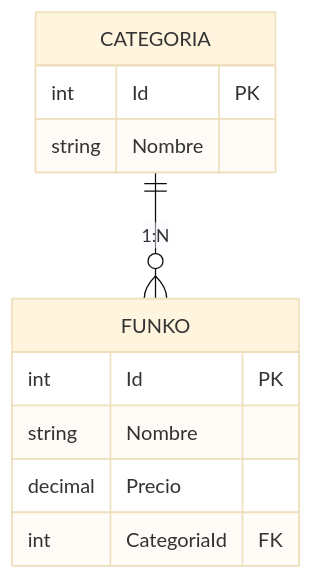
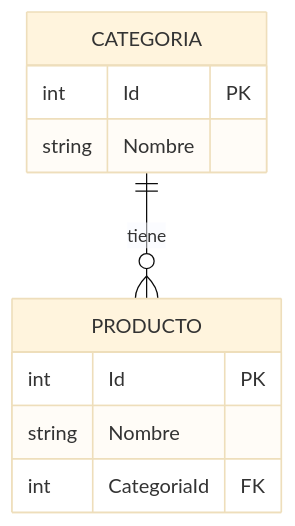
One commit to joseluisgs/DesarrolloWebEntornosServidor-02-2026-2027 changed the fourth of 5 diagrams in 12-entity-framework-core.md. Above: the diagram before and after it, drawn with Mermaid (base theme). The commit also changed other lines of this file, not shown here.

````diff
--- a/12-entity-framework-core.md
+++ b/12-entity-framework-core.md
@@ -895,14 +780,13 @@
 ```mermaid
 erDiagram
-    CATEGORIA ||--o{ FUNKO : "1:N"
+    CATEGORIA ||--o{ PRODUCTO : tiene
     CATEGORIA {
         int Id PK
         string Nombre
     }
-    FUNKO {
+    PRODUCTO {
         int Id PK
         string Nombre
-        decimal Precio
         int CategoriaId FK
     }
 ```
````
